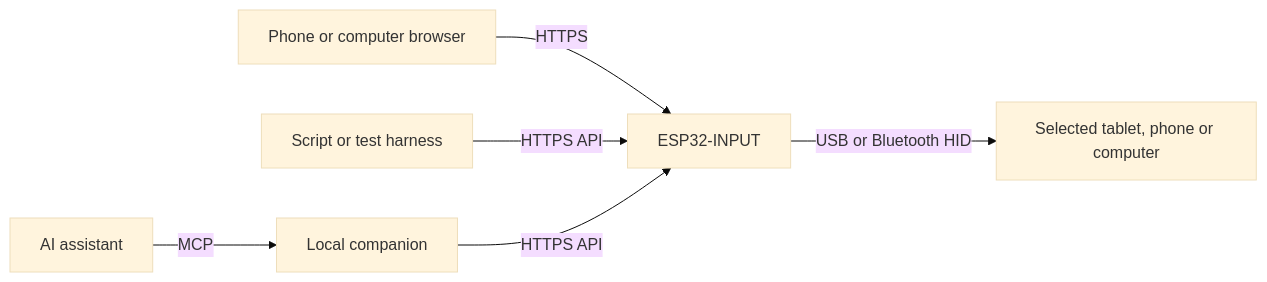
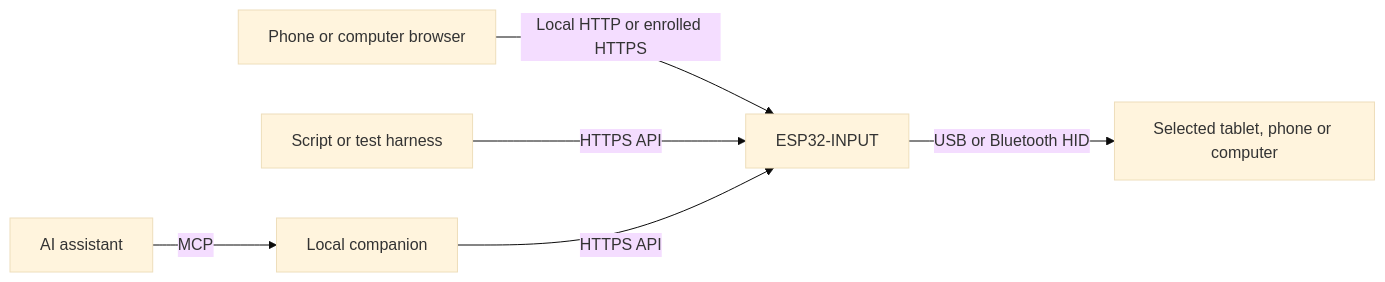
One commit to from1to9/ESP32-INPUT changed the diagram in docs/automation.md. Above: the diagram before and after it, drawn with Mermaid (base theme). The commit also changed other lines of this file and 39 other files, not shown here.

Commit message:
feat(mosaico): authorize local HTTP browsers with a persistent code

````diff
--- a/docs/automation.md
+++ b/docs/automation.md
@@ -8,8 +8,8 @@
 ```mermaid
 flowchart LR
-    Browser["Phone or computer browser"] -->|HTTPS| Device["ESP32-INPUT"]
+    Browser["Phone or computer browser"] -->|Local HTTP or enrolled HTTPS| Device["ESP32-INPUT"]
     Script["Script or test harness"] -->|HTTPS API| Device
     Assistant["AI assistant"] -->|MCP| Companion["Local companion"]
     Companion -->|HTTPS API| Device
     Device -->|USB or Bluetooth HID| Target["Selected tablet, phone or computer"]
 ```
````
